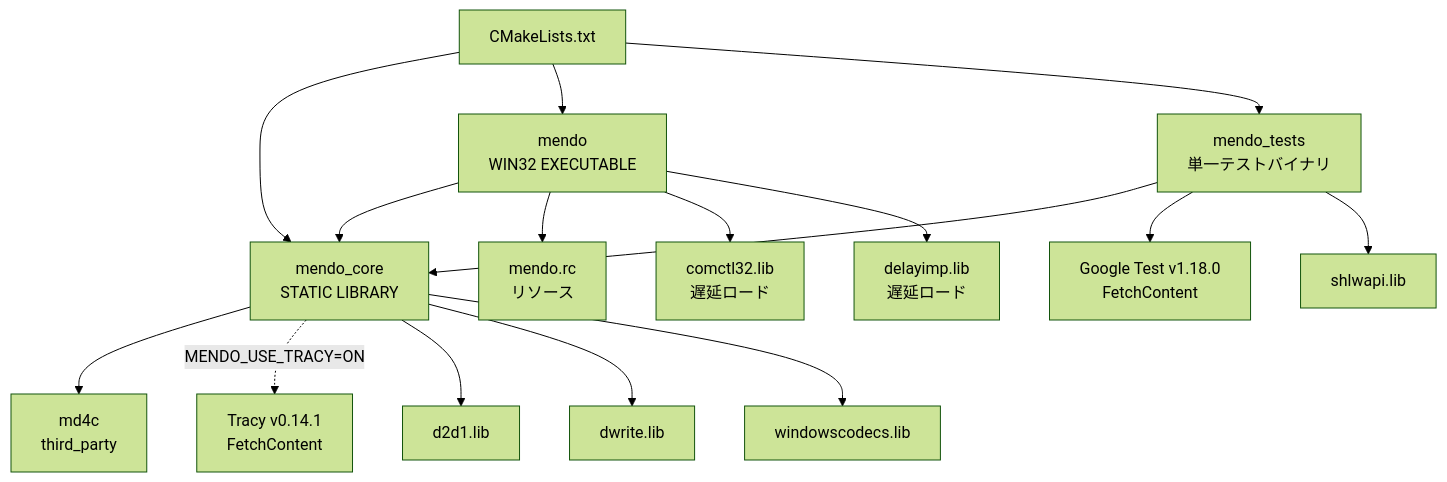
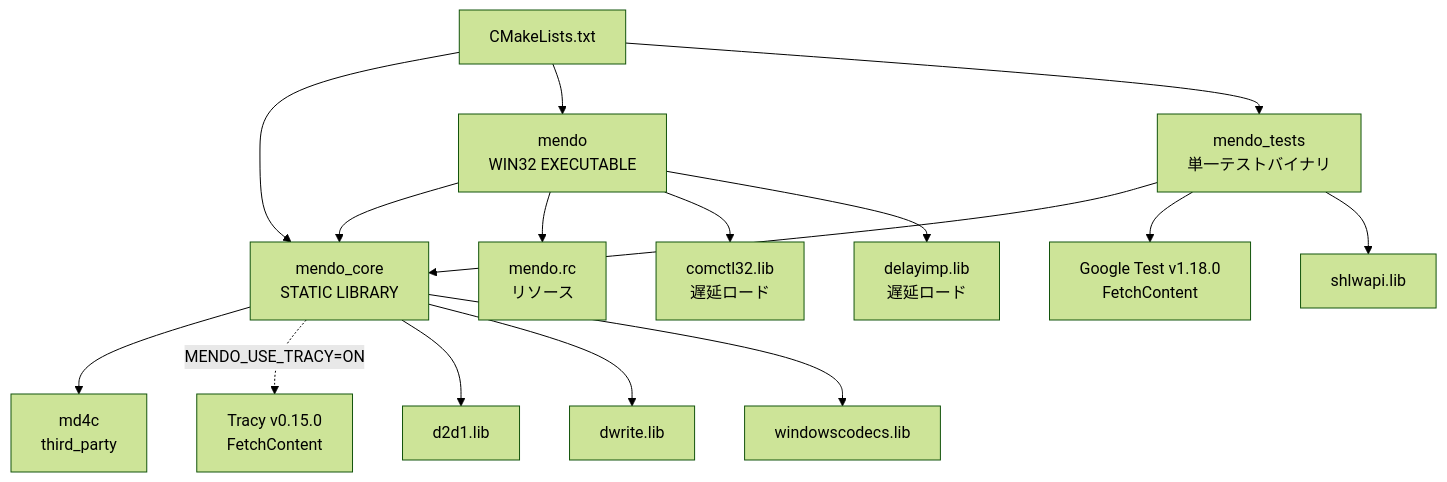
Diagram 20 of 27 in example/test.md (tanaton/mendo), drawn with Mermaid (forest theme) before and after one commit. The commit also changed other lines of this file and 7 other files, not shown here.

````diff
--- a/example/test.md
+++ b/example/test.md
@@ -3141,20 +3141,20 @@
 ```mermaid
 graph TD
     ROOT[CMakeLists.txt] --> CORE[mendo_core<br>STATIC LIBRARY]
     ROOT --> EXE[mendo<br>WIN32 EXECUTABLE]
     ROOT --> TEST[mendo_tests<br>単一テストバイナリ]
 
     CORE --> MD4C[md4c<br>third_party]
-    CORE -.->|MENDO_USE_TRACY=ON| TRACY[Tracy v0.14.1<br>FetchContent]
+    CORE -.->|MENDO_USE_TRACY=ON| TRACY[Tracy v0.15.0<br>FetchContent]
     EXE --> CORE
     EXE --> RC[mendo.rc<br>リソース]
     TEST --> CORE
     TEST --> GTEST[Google Test v1.18.0<br>FetchContent]
     TEST --> SHLWAPI[shlwapi.lib]
 
     CORE --> D2D1[d2d1.lib]
     CORE --> DWRITE[dwrite.lib]
     CORE --> WIC_LIB[windowscodecs.lib]
     EXE --> COMCTL[comctl32.lib<br>遅延ロード]
     EXE --> DELAY[delayimp.lib<br>遅延ロード]
 ```
````
